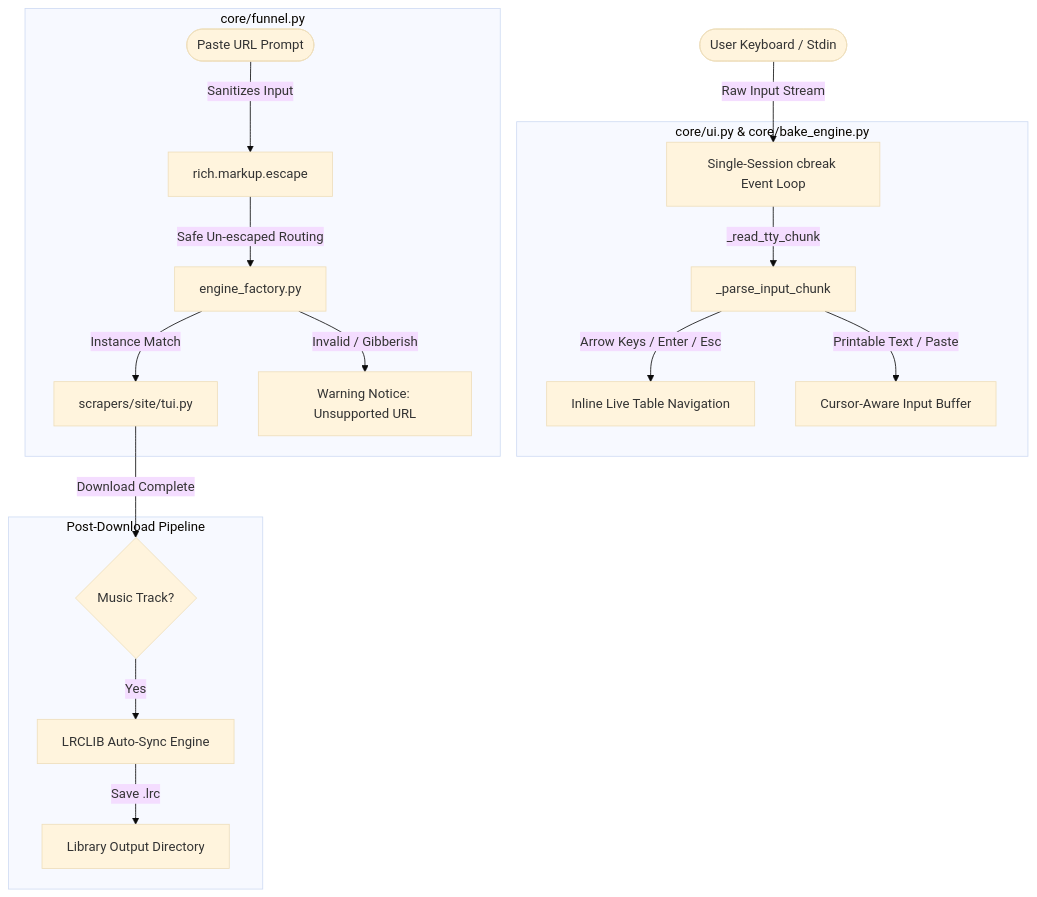
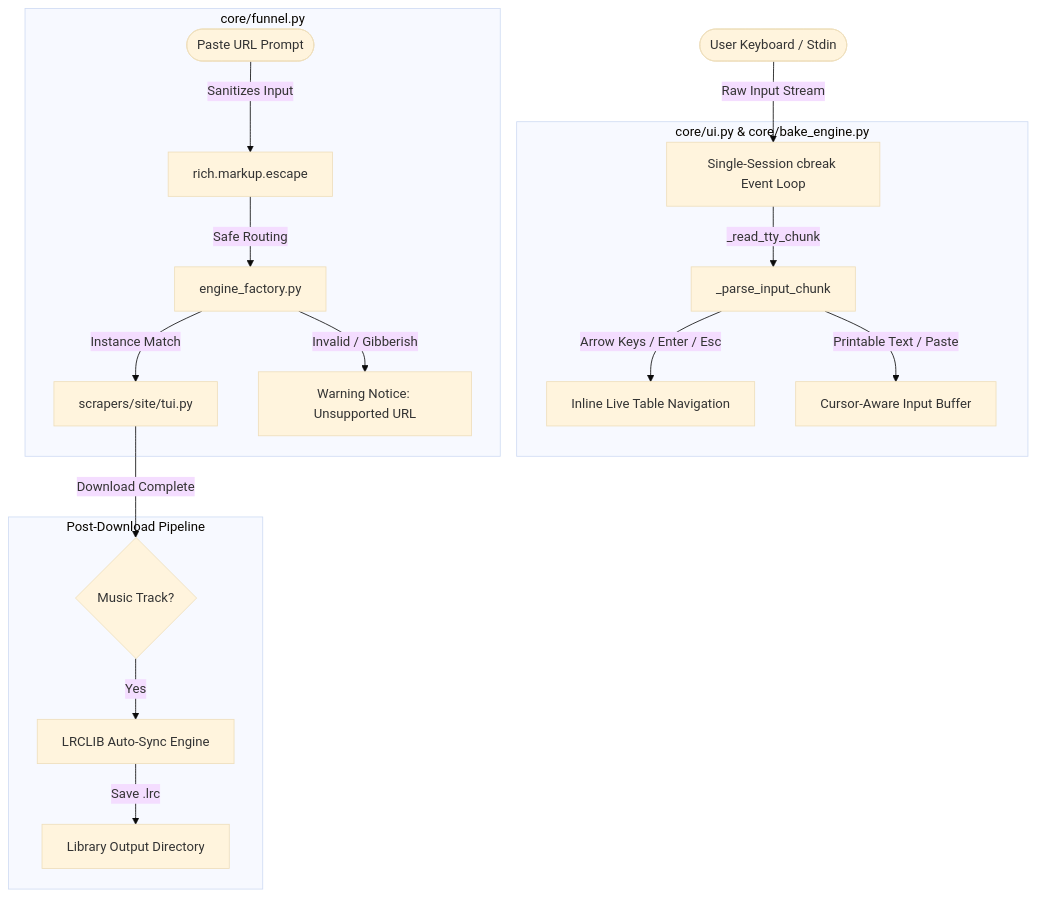
The diagram in README.md (valse-de-anshu/zine-scraper), drawn with Mermaid (base theme) before and after one commit. The commit also changed other lines of this file and 30 other files, not shown here.

````diff
--- a/README.md
+++ b/README.md
@@ -398,23 +325,23 @@
 ```mermaid
 graph TD
     User([User Keyboard / Stdin]) -->|Raw Input Stream| EventLoop[Single-Session cbreak Event Loop]
 
     subgraph TTY Engine [core/ui.py & core/bake_engine.py]
         EventLoop -->|_read_tty_chunk| ChunkParser[_parse_input_chunk]
         ChunkParser -->|Arrow Keys / Enter / Esc| TableNav[Inline Live Table Navigation]
         ChunkParser -->|Printable Text / Paste| InputBuf[Cursor-Aware Input Buffer]
     end
 
     subgraph Security & Crash Prevention [core/funnel.py]
         MainInput([Paste URL Prompt]) -->|Sanitizes Input| MarkupEscape[rich.markup.escape]
-        MarkupEscape -->|Safe Un-escaped Routing| EngineFactory[engine_factory.py]
+        MarkupEscape -->|Safe Routing| EngineFactory[engine_factory.py]
         EngineFactory -->|Instance Match| ScraperModule[scrapers/site/tui.py]
         EngineFactory -->|Invalid / Gibberish| WarningBanner[Warning Notice: Unsupported URL]
     end
 
     subgraph Post-Download Pipeline
         ScraperModule -->|Download Complete| MusicHook{Music Track?}
         MusicHook -->|Yes| AutoLRC[LRCLIB Auto-Sync Engine]
         AutoLRC -->|Save .lrc| Disk[Library Output Directory]
     end
 ```
````
